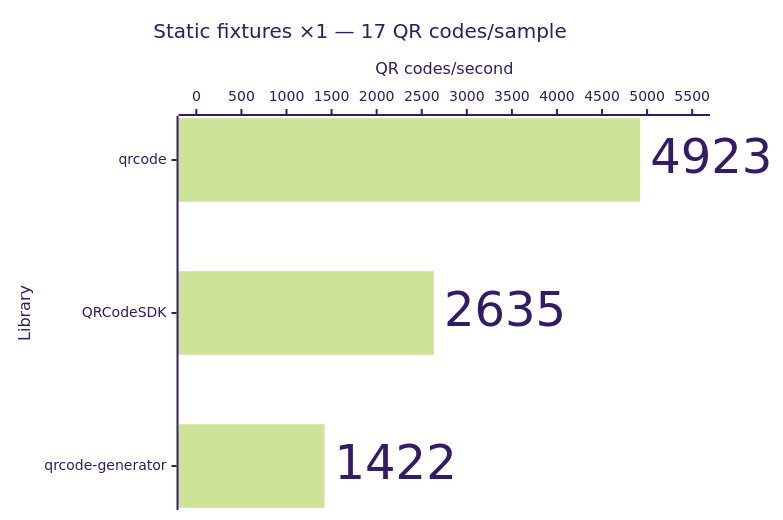
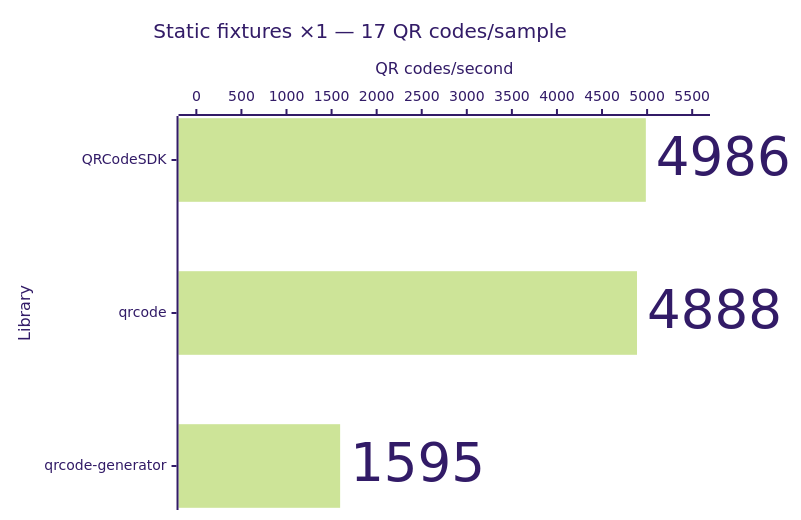
Before and after one commit to Dafnik/qrcodesdk: the eighth of 14 diagrams in apps/docs/src/content/docs/learn/performance.md, drawn with Mermaid (forest theme). The commit also changed other lines of this file and 417 other files, not shown here.

````diff
--- a/apps/docs/src/content/docs/learn/performance.md
+++ b/apps/docs/src/content/docs/learn/performance.md
@@ -182,15 +182,15 @@
 ```mermaid
 ---
 config:
   xyChart:
     showDataLabel: true
     showDataLabelOutsideBar: true
 ---
 xychart horizontal
   accTitle: SVG generation: Static fixtures ×1 — 17 QR codes/sample
-  accDescr: Throughput calculated from median time. qrcode 4,923 QR codes per second, QRCodeSDK 2,635 QR codes per second, qrcode-generator 1,422 QR codes per second. Higher is better.
+  accDescr: Throughput calculated from median time. QRCodeSDK 4,986 QR codes per second, qrcode 4,888 QR codes per second, qrcode-generator 1,595 QR codes per second. Higher is better.
   title "Static fixtures ×1 — 17 QR codes/sample"
-  x-axis "Library" ["qrcode", "QRCodeSDK", "qrcode-generator"]
+  x-axis "Library" ["QRCodeSDK", "qrcode", "qrcode-generator"]
   y-axis "QR codes/second" 0 --> 5500
-  bar [4923, 2635, 1422]
+  bar [4986, 4888, 1595]
 ```
````
